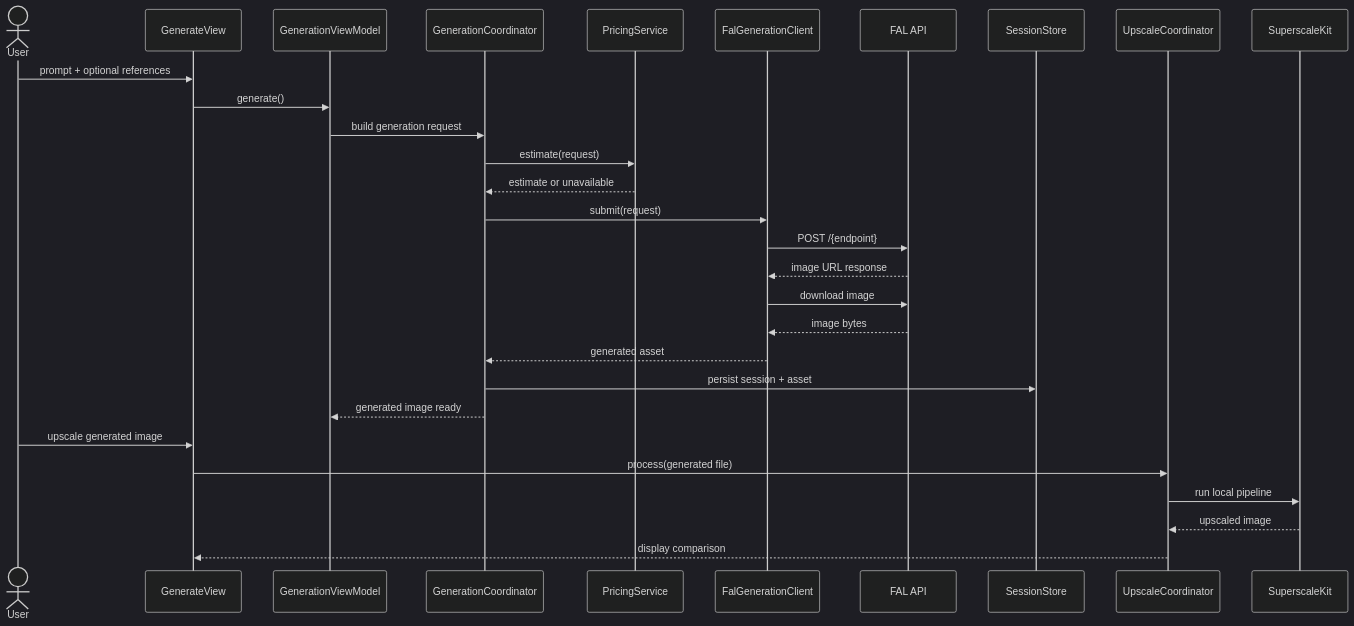
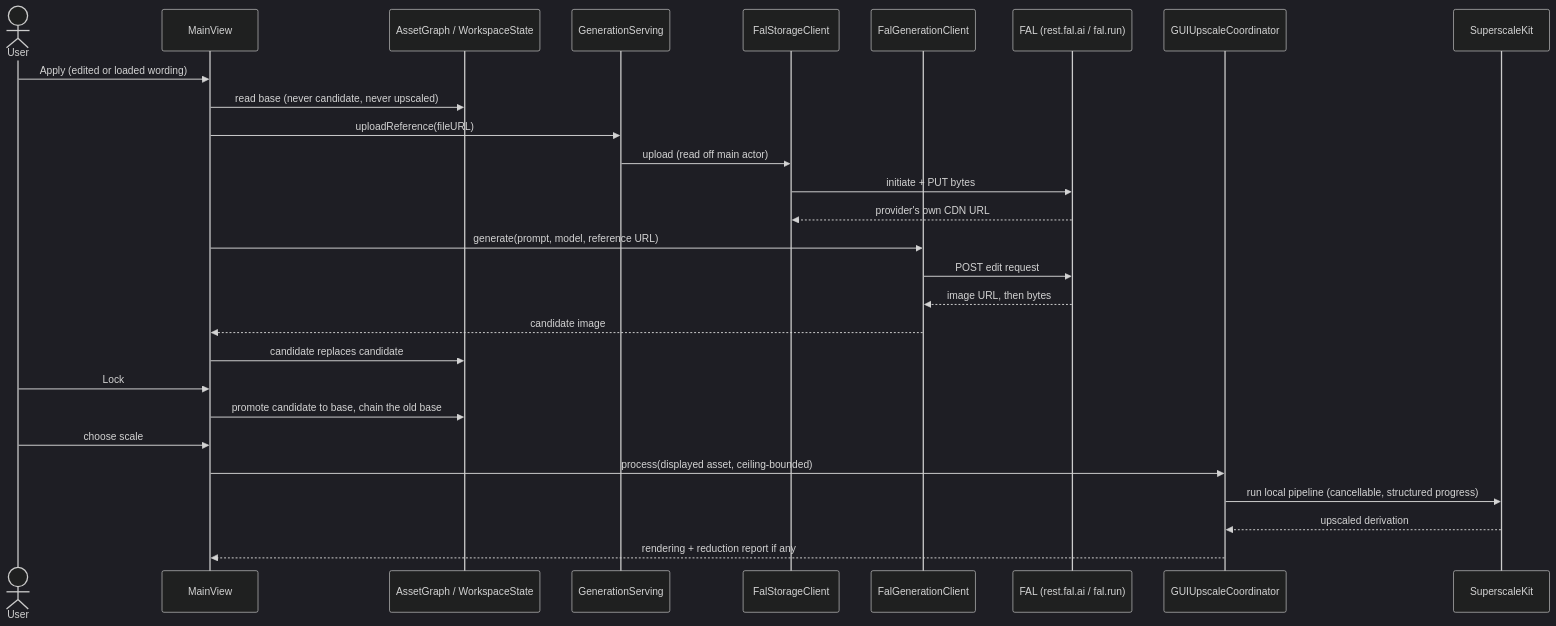
One commit to tadg-paul/superscale changed the second of 4 diagrams in docs/ARCHITECTURE.md. Above: the diagram before and after it, drawn with Mermaid (dark theme). The commit also changed other lines of this file and 5 other files, not shown here.

````diff
--- a/docs/ARCHITECTURE.md
+++ b/docs/ARCHITECTURE.md
@@ -102,32 +106,31 @@
 ```mermaid
 sequenceDiagram
     actor User
-    participant View as GenerateView
-    participant VM as GenerationViewModel
-    participant Coord as GenerationCoordinator
-    participant Pricing as PricingService
-    participant Fal as FalGenerationClient
-    participant API as FAL API
-    participant Store as SessionStore
-    participant Upscale as UpscaleCoordinator
+    participant View as MainView
+    participant Graph as AssetGraph / WorkspaceState
+    participant Serve as GenerationServing
+    participant Store as FalStorageClient
+    participant Gen as FalGenerationClient
+    participant API as FAL (rest.fal.ai / fal.run)
+    participant Up as GUIUpscaleCoordinator
     participant Kit as SuperscaleKit
 
-    User->>View: prompt + optional references
-    View->>VM: generate()
-    VM->>Coord: build generation request
-    Coord->>Pricing: estimate(request)
-    Pricing-->>Coord: estimate or unavailable
-    Coord->>Fal: submit(request)
-    Fal->>API: POST /{endpoint}
-    API-->>Fal: image URL response
-    Fal->>API: download image
-    API-->>Fal: image bytes
-    Fal-->>Coord: generated asset
-    Coord->>Store: persist session + asset
-    Coord-->>VM: generated image ready
-    User->>View: upscale generated image
-    View->>Upscale: process(generated file)
-    Upscale->>Kit: run local pipeline
-    Kit-->>Upscale: upscaled image
-    Upscale-->>View: display comparison
+    User->>View: Apply (edited or loaded wording)
+    View->>Graph: read base (never candidate, never upscaled)
+    View->>Serve: uploadReference(fileURL)
+    Serve->>Store: upload (read off main actor)
+    Store->>API: initiate + PUT bytes
+    API-->>Store: provider's own CDN URL
+    View->>Gen: generate(prompt, model, reference URL)
+    Gen->>API: POST edit request
+    API-->>Gen: image URL, then bytes
+    Gen-->>View: candidate image
+    View->>Graph: candidate replaces candidate
+    User->>View: Lock
+    View->>Graph: promote candidate to base, chain the old base
+    User->>View: choose scale
+    View->>Up: process(displayed asset, ceiling-bounded)
+    Up->>Kit: run local pipeline (cancellable, structured progress)
+    Kit-->>Up: upscaled derivation
+    Up-->>View: rendering + reduction report if any
 ```
````
